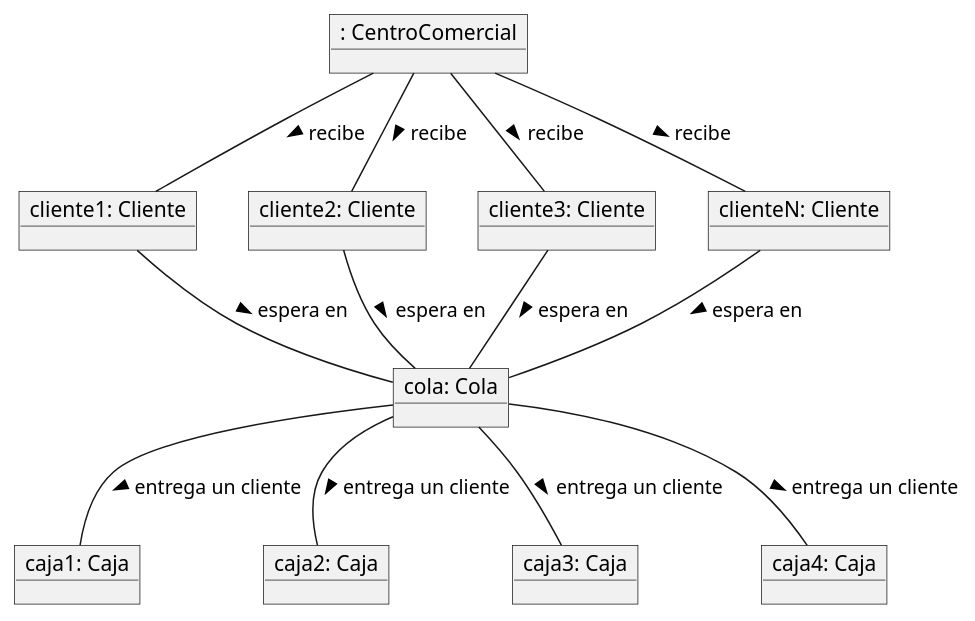
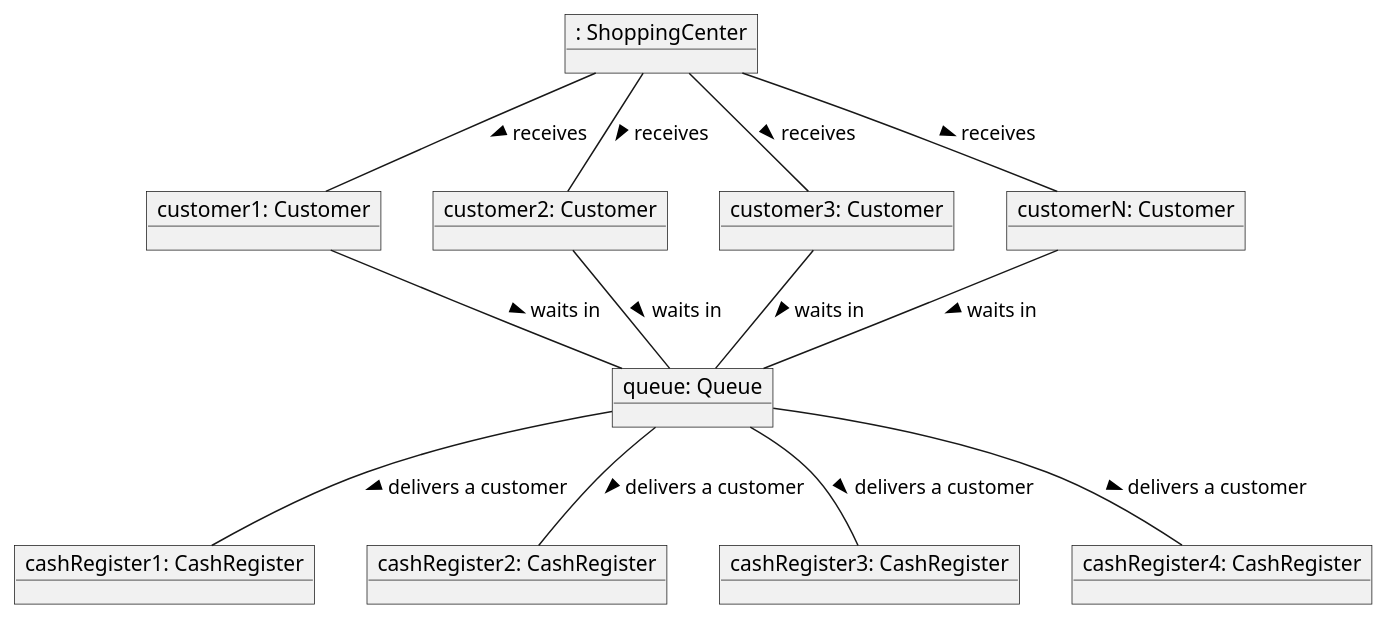
Before and after one commit to mmasias/pyCCCF: the diagram in modelosUML/MdD.do.puml, drawn with PlantUML. The commit also changed 5 other files, not shown here.

```diff
--- a/modelosUML/MdD.do.puml
+++ b/modelosUML/MdD.do.puml
@@ -1,28 +1,28 @@
-object ": CentroComercial" as cccf
+object ": ShoppingCenter" as sc
 
-object "cliente1: Cliente" as cliente1
-object "cliente2: Cliente" as cliente2
-object "cliente3: Cliente" as cliente3
-object "clienteN: Cliente" as clienteN
+object "customer1: Customer" as customer1
+object "customer2: Customer" as customer2
+object "customer3: Customer" as customer3
+object "customerN: Customer" as customerN
 
-cccf -- cliente1:> recibe
-cccf -- cliente2:> recibe
-cccf -- cliente3:> recibe
-cccf -- clienteN:> recibe
+sc -- customer1:> receives
+sc -- customer2:> receives
+sc -- customer3:> receives
+sc -- customerN:> receives
 
-object "cola: Cola" as cola
+object "queue: Queue" as queue
 
-cliente1 -- cola:> espera en
-cliente2 -- cola:> espera en
-cliente3 -- cola:> espera en
-clienteN -- cola:> espera en
+customer1 -- queue:> waits in
+customer2 -- queue:> waits in
+customer3 -- queue:> waits in
+customerN -- queue:> waits in
 
-object "caja1: Caja" as caja1
-object "caja2: Caja" as caja2
-object "caja3: Caja" as caja3
-object "caja4: Caja" as caja4
+object "cashRegister1: CashRegister" as cr1
+object "cashRegister2: CashRegister" as cr2
+object "cashRegister3: CashRegister" as cr3
+object "cashRegister4: CashRegister" as cr4
 
-cola -- caja1:> entrega un cliente
-cola -- caja2:> entrega un cliente
-cola -- caja3:> entrega un cliente
-cola -- caja4:> entrega un cliente
+queue -- cr1:> delivers a customer
+queue -- cr2:> delivers a customer
+queue -- cr3:> delivers a customer
+queue -- cr4:> delivers a customer
```
